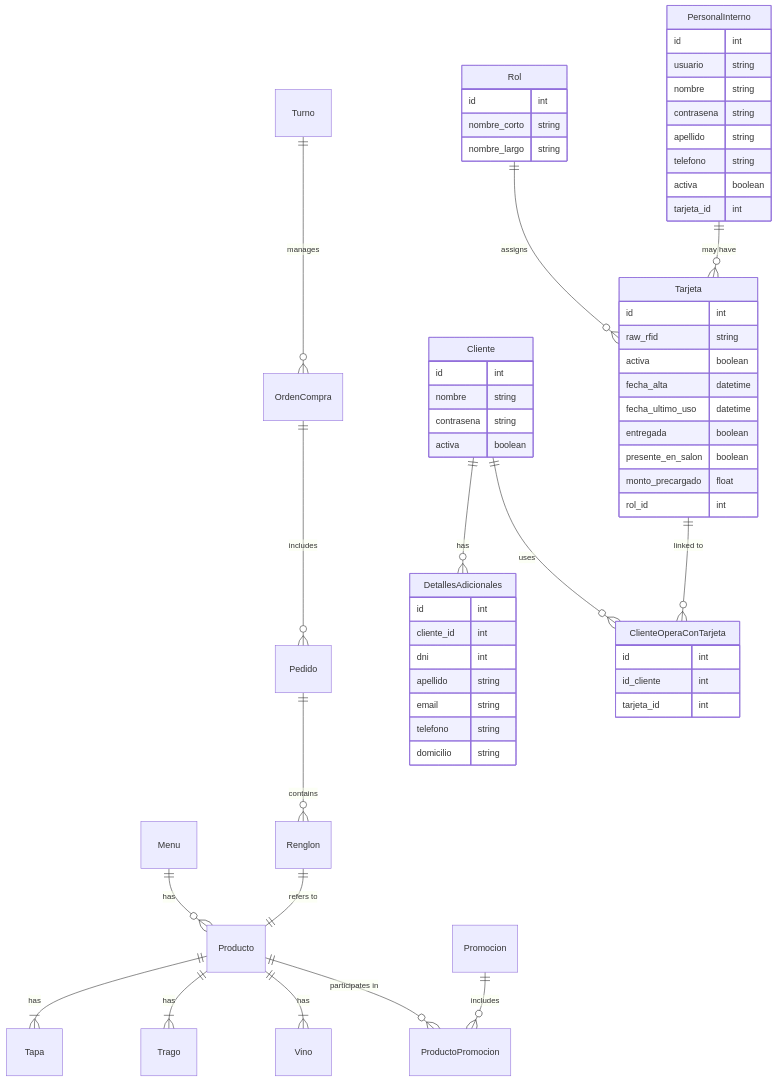
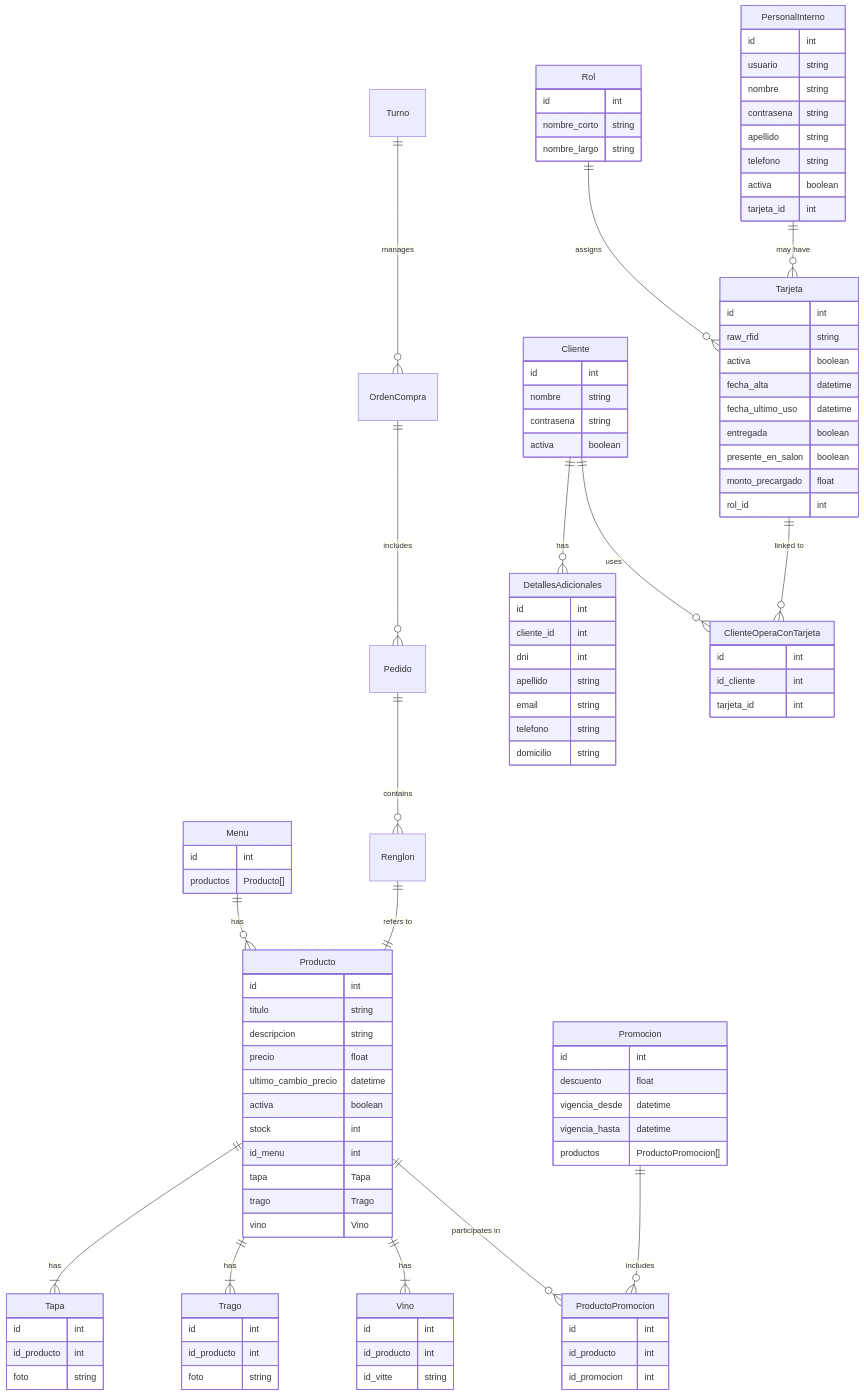
The diagram in backend/app/sql_app/README.md (allanes/winebar-4), drawn with Mermaid before and after one commit.

First paragraph of the commit message:
aider: Added all the fields for the models defined in inventario_y_promociones.
# Aider chat conversation:

````diff
--- a/backend/app/sql_app/README.md
+++ b/backend/app/sql_app/README.md
@@ -61,4 +61,48 @@
         id_cliente int
         tarjeta_id int
     }
+    Menu {
+        id int
+        productos Producto[]
+    }
+    Producto {
+        id int
+        titulo string
+        descripcion string
+        precio float
+        ultimo_cambio_precio datetime
+        activa boolean
+        stock int
+        id_menu int
+        tapa Tapa
+        trago Trago
+        vino Vino
+    }
+    Tapa {
+        id int
+        id_producto int
+        foto string
+    }
+    Trago {
+        id int
+        id_producto int
+        foto string
+    }
+    Vino {
+        id int
+        id_producto int
+        id_vitte string
+    }
+    Promocion {
+        id int
+        descuento float
+        vigencia_desde datetime
+        vigencia_hasta datetime
+        productos ProductoPromocion[]
+    }
+    ProductoPromocion {
+        id int
+        id_producto int
+        id_promocion int
+    }
 ```
````
